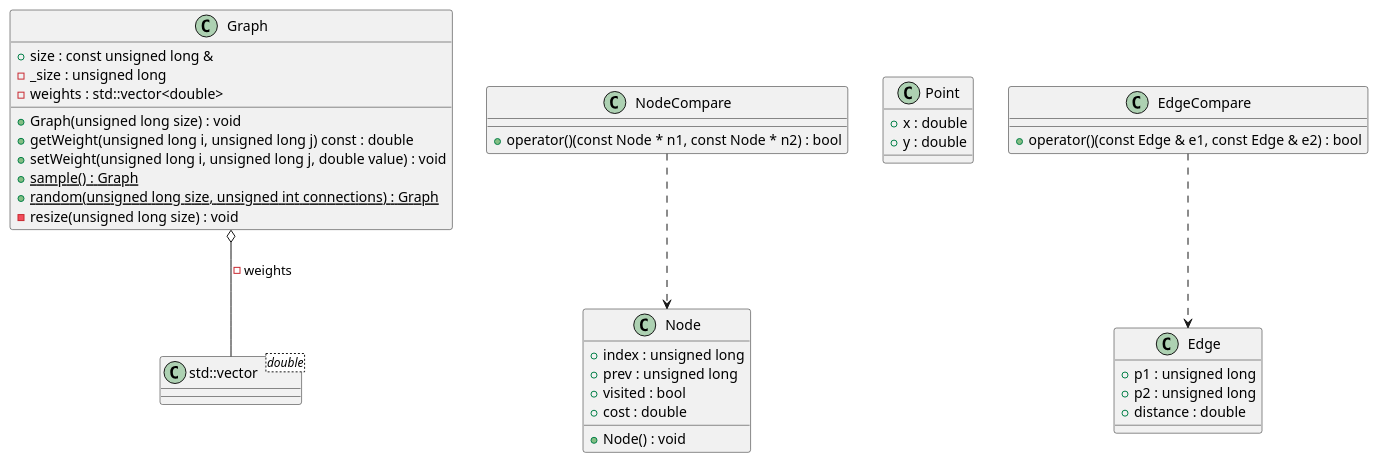
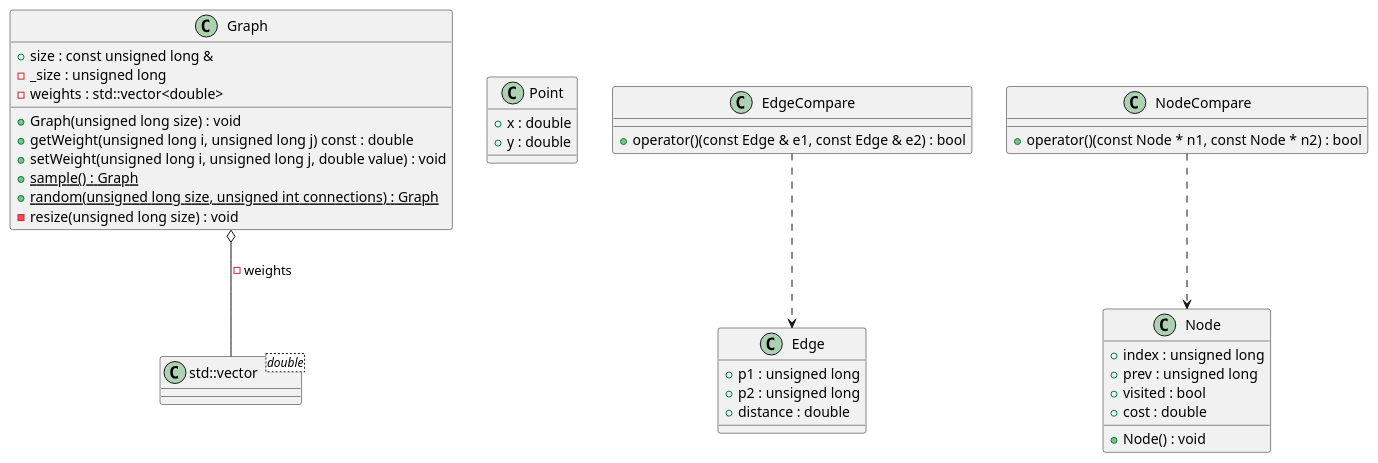
One commit to vikman90/dijkstra changed the diagram in doc/puml/class.puml. Above: the diagram before and after it, drawn with PlantUML. The commit also changed other lines of this file and 17 other files, not shown here.

```diff
--- a/doc/puml/class.puml
+++ b/doc/puml/class.puml
@@ -1,50 +1,50 @@
 @startuml
 class "std::vector<double>" as C_0001416075627737883969
 class C_0001416075627737883969 {
+}
+class "Point" as C_0002166275425153909472
+class C_0002166275425153909472 {
++x : double
++y : double
+}
+class "Edge" as C_0000670296760435837588
+class C_0000670296760435837588 {
++p1 : unsigned long
++p2 : unsigned long
++distance : double
+}
+class "EdgeCompare" as C_0001087390416821502252
+class C_0001087390416821502252 {
++operator()(const Edge & e1, const Edge & e2) : bool
 }
 class "Graph" as C_0001069613870066812431
 class C_0001069613870066812431 {
 +Graph(unsigned long size) : void
 +getWeight(unsigned long i, unsigned long j) const : double
 +setWeight(unsigned long i, unsigned long j, double value) : void
 {static} +sample() : Graph
 {static} +random(unsigned long size, unsigned int connections) : Graph
 -resize(unsigned long size) : void
 +size : const unsigned long &
 -_size : unsigned long
 -weights : std::vector<double>
 }
 class "Node" as C_0000218299049716973303
 class C_0000218299049716973303 {
 +Node() : void
 +index : unsigned long
 +prev : unsigned long
 +visited : bool
 +cost : double
 }
 class "NodeCompare" as C_0000140293027590734614
 class C_0000140293027590734614 {
 +operator()(const Node * n1, const Node * n2) : bool
 }
-class "Point" as C_0002166275425153909472
-class C_0002166275425153909472 {
-+x : double
-+y : double
-}
-class "Edge" as C_0000670296760435837588
-class C_0000670296760435837588 {
-+p1 : unsigned long
-+p2 : unsigned long
-+distance : double
-}
-class "EdgeCompare" as C_0001087390416821502252
-class C_0001087390416821502252 {
-+operator()(const Edge & e1, const Edge & e2) : bool
-}
+C_0001087390416821502252 ..> C_0000670296760435837588
 C_0001069613870066812431 o-- C_0001416075627737883969 : -weights
 C_0000140293027590734614 ..> C_0000218299049716973303
-C_0001087390416821502252 ..> C_0000670296760435837588
 
 'Generated with clang-uml, version 0.3.4
 'LLVM version Ubuntu clang version 15.0.6
 @enduml
```
